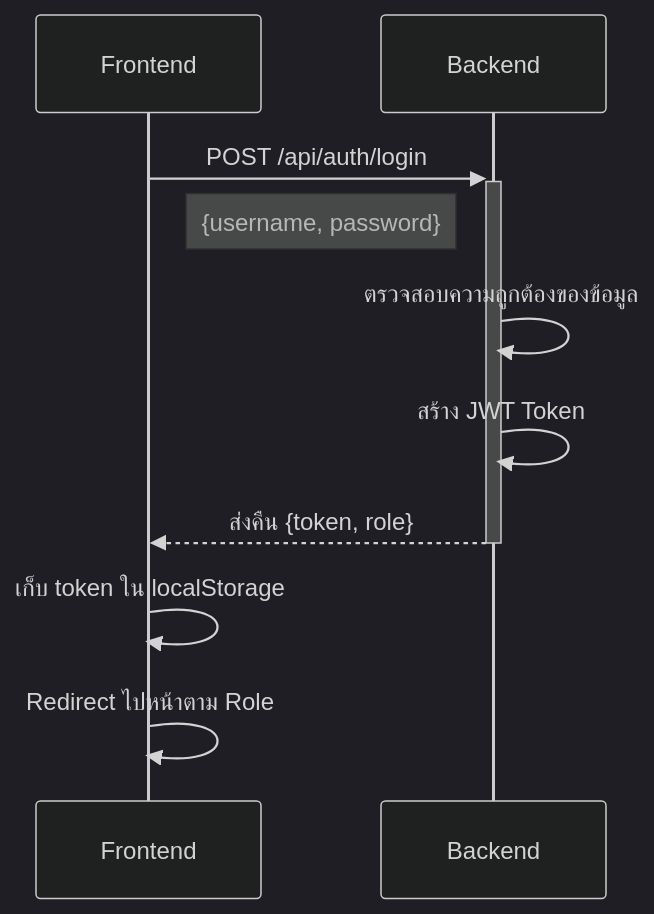
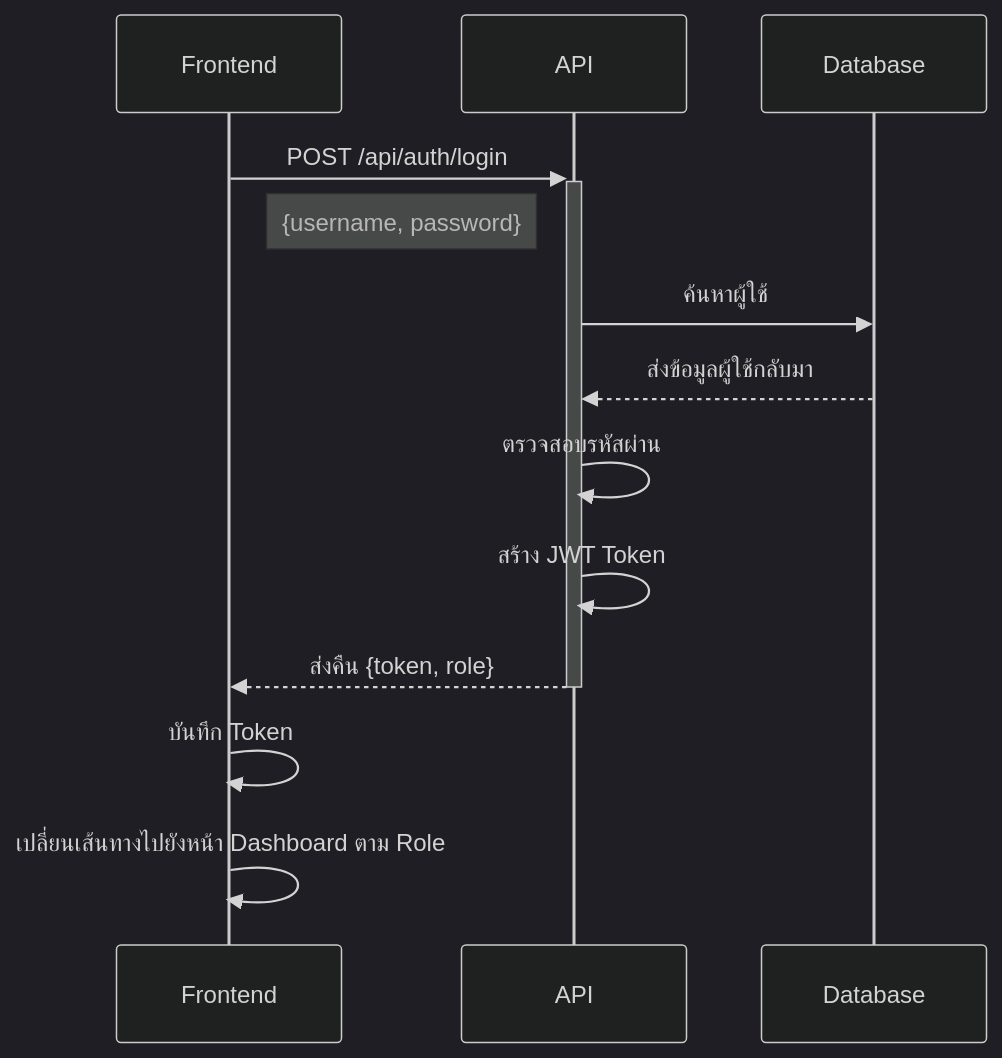
Before and after one commit to ModzabazeR/2567-2-Fullstack-Auth: the second of 3 diagrams in README.md, drawn with Mermaid (dark theme). The commit also changed other lines of this file, not shown here.

````diff
--- a/README.md
+++ b/README.md
@@ -15,10 +39,12 @@
 ```mermaid
 sequenceDiagram
-    Frontend->>+Backend: POST /api/auth/login
+    Frontend->>+API: POST /api/auth/login
     Note right of Frontend: {username, password}
-    Backend->>Backend: ตรวจสอบความถูกต้องของข้อมูล
-    Backend->>Backend: สร้าง JWT Token
-    Backend-->>-Frontend: ส่งคืน {token, role}
-    Frontend->>Frontend: เก็บ token ใน localStorage
-    Frontend->>Frontend: Redirect ไปหน้าตาม Role
+    API->>Database: ค้นหาผู้ใช้
+    Database-->>API: ส่งข้อมูลผู้ใช้กลับมา
+    API->>API: ตรวจสอบรหัสผ่าน
+    API->>API: สร้าง JWT Token
+    API-->>-Frontend: ส่งคืน {token, role}
+    Frontend->>Frontend: บันทึก Token
+    Frontend->>Frontend: เปลี่ยนเส้นทางไปยังหน้า Dashboard ตาม Role
 ```
````
